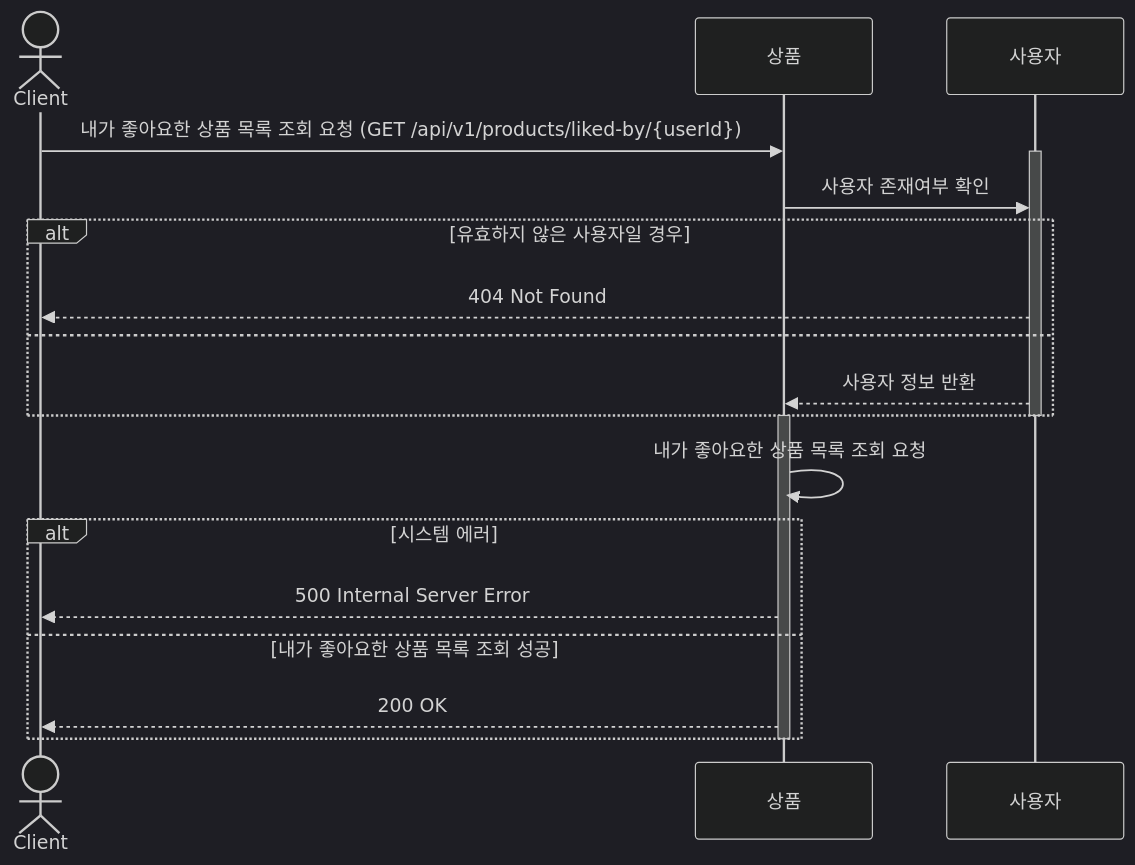
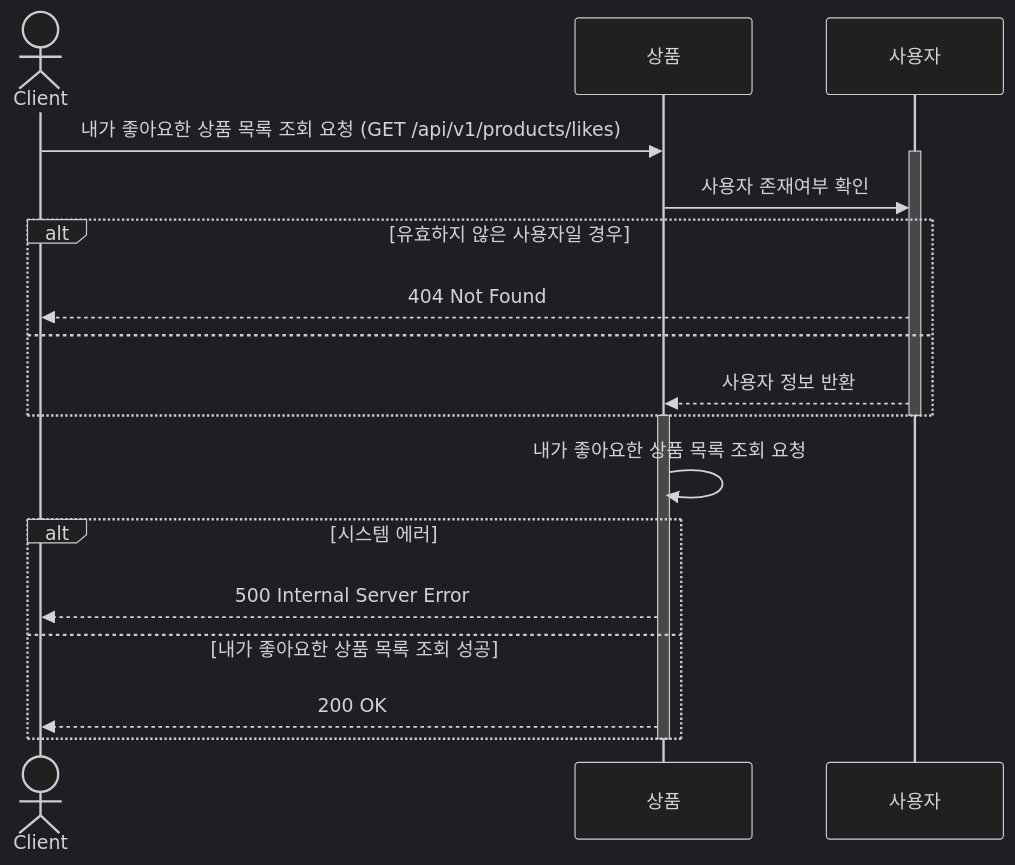
Before and after one commit to Lexyyaa/Looper-Ecommerce: the tenth of 16 diagrams in docs/design/02-sequence-diagrams.md, drawn with Mermaid (dark theme). The commit also changed other lines of this file, not shown here.

Commit message:
fix : 내가 좋아요한 상품 목록 조회 End Point 수정

````diff
--- a/docs/design/02-sequence-diagrams.md
+++ b/docs/design/02-sequence-diagrams.md
@@ -279,27 +279,27 @@
 ```mermaid
 sequenceDiagram
     actor Client as Client
     participant 상품 as 상품
     participant 사용자 as 사용자
 
-    Client ->> 상품: 내가 좋아요한 상품 목록 조회 요청 (GET /api/v1/products/liked-by/{userId})
+    Client ->> 상품: 내가 좋아요한 상품 목록 조회 요청 (GET /api/v1/products/likes)
 
     activate 사용자
     상품 ->> 사용자: 사용자 존재여부 확인
     alt 유효하지 않은 사용자일 경우 
         사용자 -->> Client: 404 Not Found
     else
         사용자 -->> 상품: 사용자 정보 반환
     end
     deactivate 사용자
 
     activate 상품
     상품 ->> 상품: 내가 좋아요한 상품 목록 조회 요청
     alt 시스템 에러
         상품 -->> Client: 500 Internal Server Error
     else 내가 좋아요한 상품 목록 조회 성공
         상품 -->> Client: 200 OK
     end
     deactivate 상품
 
 ```
````
